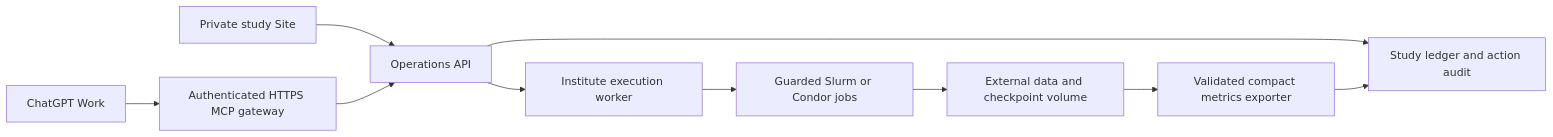
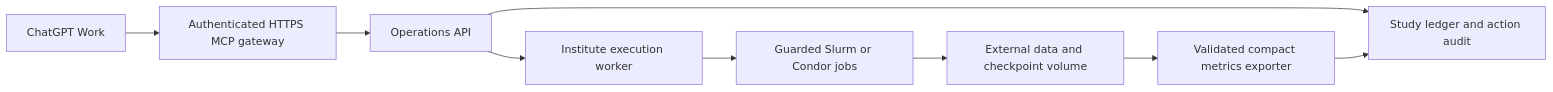
Before and after one commit to BoyangYu0/HyperTagging: the diagram in docs/online_study_operations.md, drawn with Mermaid. The commit also changed other lines of this file and 35 other files, not shown here.

````diff
--- a/docs/online_study_operations.md
+++ b/docs/online_study_operations.md
@@ -14,12 +13,11 @@
 ```mermaid
 flowchart LR
   Work[ChatGPT Work] --> MCP[Authenticated HTTPS MCP gateway]
-  Site[Private study Site] --> API[Operations API]
-  MCP --> API
+  MCP --> API[Operations API]
   API --> Ledger[Study ledger and action audit]
   API --> Worker[Institute execution worker]
   Worker --> Scheduler[Guarded Slurm or Condor jobs]
   Scheduler --> Data[External data and checkpoint volume]
   Data --> Export[Validated compact metrics exporter]
   Export --> Ledger
 ```
````
